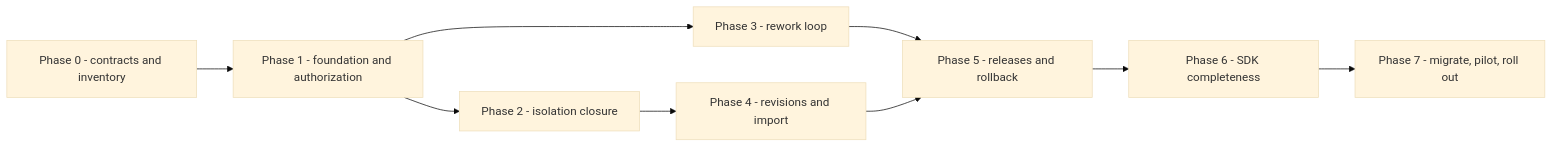
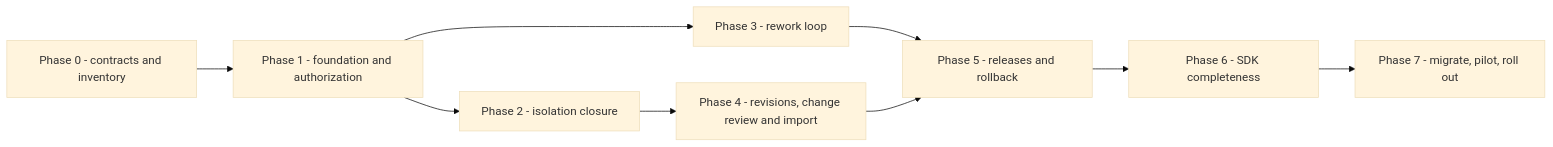
One commit to rrahimi-uci/caliber-suite changed diagram 15 of 15 in docs/workspace-plan.md. Above: the diagram before and after it, drawn with Mermaid (base theme). The commit also changed other lines of this file, not shown here.

````diff
--- a/docs/workspace-plan.md
+++ b/docs/workspace-plan.md
@@ -2588,11 +3107,11 @@
 ```mermaid
 flowchart LR
   P0[Phase 0 - contracts and inventory] --> P1[Phase 1 - foundation and authorization]
   P1 --> P2[Phase 2 - isolation closure]
   P1 --> P3[Phase 3 - rework loop]
-  P2 --> P4[Phase 4 - revisions and import]
+  P2 --> P4[Phase 4 - revisions, change review and import]
   P3 --> P5[Phase 5 - releases and rollback]
   P4 --> P5
   P5 --> P6[Phase 6 - SDK completeness]
   P6 --> P7[Phase 7 - migrate, pilot, roll out]
 ```
````
